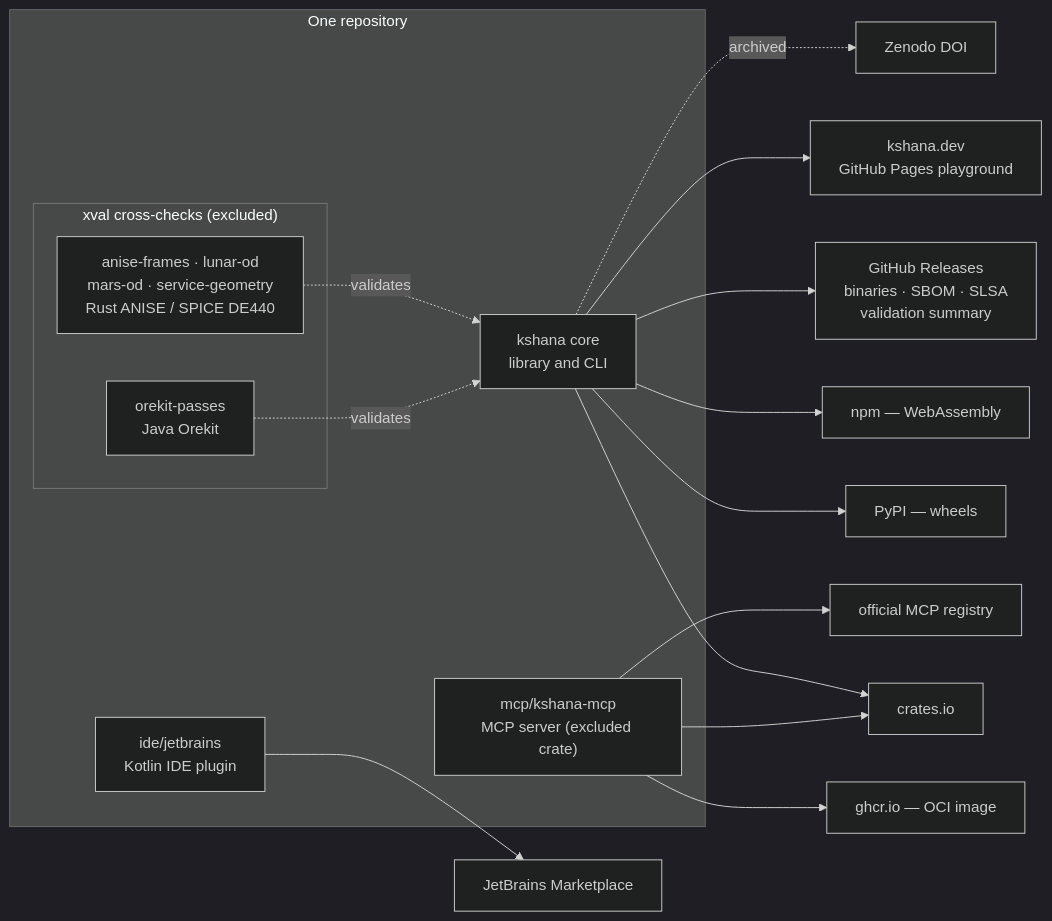
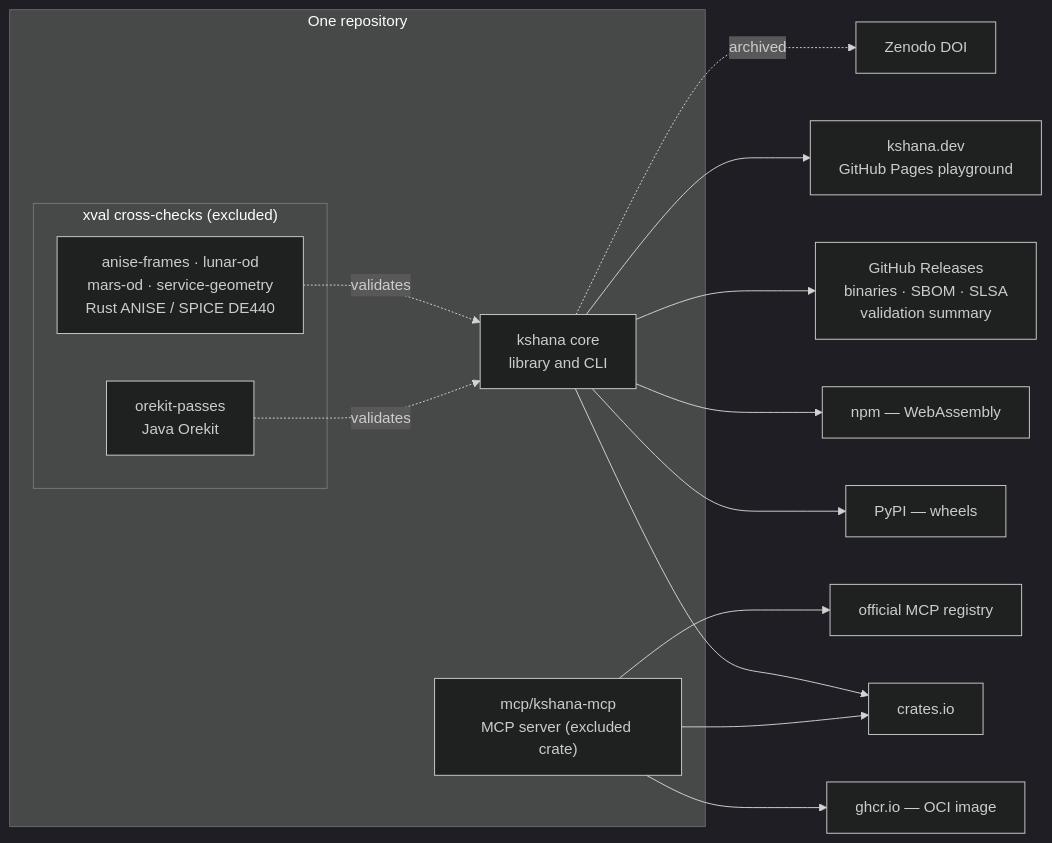
Before and after one commit to ashfordeOU/kshana: the diagram in docs/diagrams/distribution.mmd, drawn with Mermaid (dark theme). The commit also changed 189 other files, not shown here.

First line of the commit message:
Move Kshana Desktop and the JetBrains plugin out of the open repository

```diff
--- a/docs/diagrams/distribution.mmd
+++ b/docs/diagrams/distribution.mmd
@@ -1,22 +1,20 @@
 flowchart LR
     subgraph repo["One repository"]
       core["kshana core<br/>library and CLI"]
       mcp["mcp/kshana-mcp<br/>MCP server (excluded crate)"]
-      ide["ide/jetbrains<br/>Kotlin IDE plugin"]
       subgraph xval["xval cross-checks (excluded)"]
         anise["anise-frames · lunar-od<br/>mars-od · service-geometry<br/>Rust ANISE / SPICE DE440"]
         orekit["orekit-passes<br/>Java Orekit"]
       end
     end
     core --> crates["crates.io"]
     core --> pypi["PyPI — wheels"]
     core --> npm["npm — WebAssembly"]
     core --> rel["GitHub Releases<br/>binaries · SBOM · SLSA<br/>validation summary"]
     core --> pages["kshana.dev<br/>GitHub Pages playground"]
     core -. archived .-> zen["Zenodo DOI"]
     mcp --> crates
     mcp --> ghcr["ghcr.io — OCI image"]
     mcp --> reg["official MCP registry"]
-    ide --> jb["JetBrains Marketplace"]
     anise -. validates .-> core
     orekit -. validates .-> core
```
